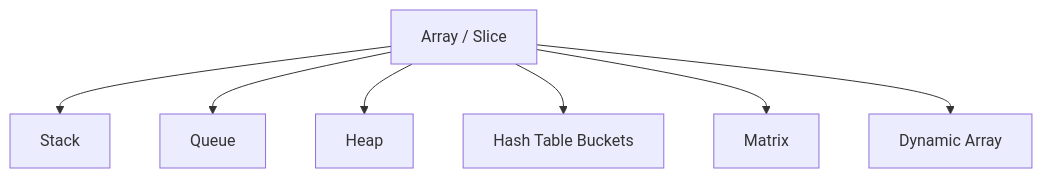
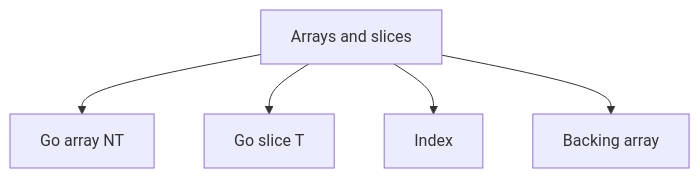
One commit to 9999dude/omega changed the first of 16 diagrams in docs/datastructures/array.md. Above: the diagram before and after it, drawn with Mermaid. The commit also changed other lines of this file and 58 other files, not shown here.

````diff
--- a/docs/datastructures/array.md
+++ b/docs/datastructures/array.md
@@ -82,9 +27,8 @@
 ```mermaid
 flowchart TD
-    A["Array / Slice"] --> B["Stack"]
-    A --> C["Queue"]
-    A --> D["Heap"]
-    A --> E["Hash Table Buckets"]
-    A --> F["Matrix"]
-    A --> G["Dynamic Array"]
+    T["Arrays and slices"]
+    T --> R0["Go array NT"]
+    T --> R1["Go slice T"]
+    T --> R2["Index"]
+    T --> R3["Backing array"]
 ```
````
